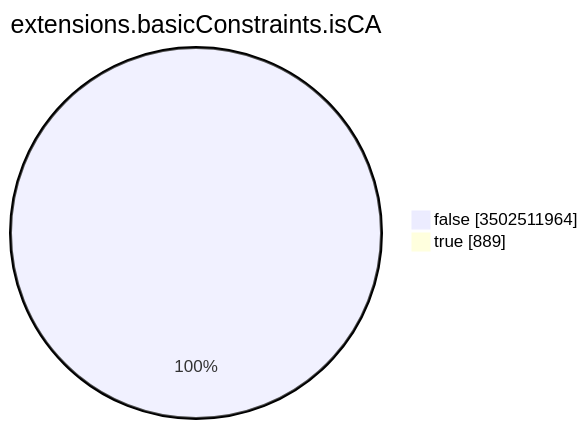
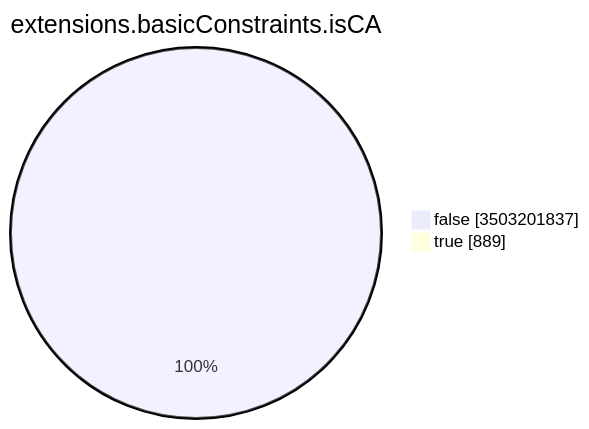
One commit to christiankrug/ctmonitor_visualization changed the seventh of 15 diagrams in TOTAL/README.md. Above: the diagram before and after it, drawn with Mermaid. The commit also changed other lines of this file, not shown here.

````diff
--- a/TOTAL/README.md
+++ b/TOTAL/README.md
@@ -3094,6 +3094,6 @@
 ```mermaid
 pie showData
 title extensions.basicConstraints.isCA
-"false" :3502511964
+"false" :3503201837
 "true" :889
 ```
````
